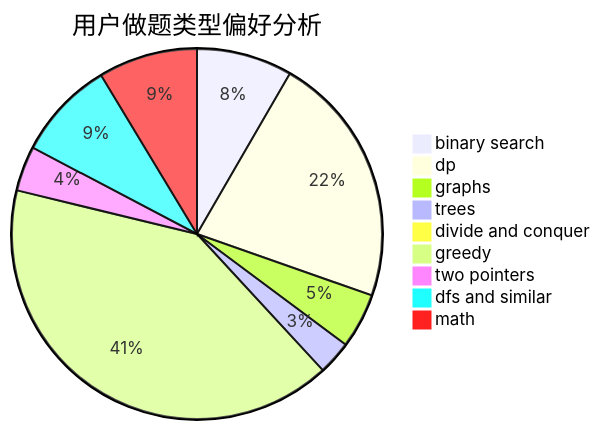
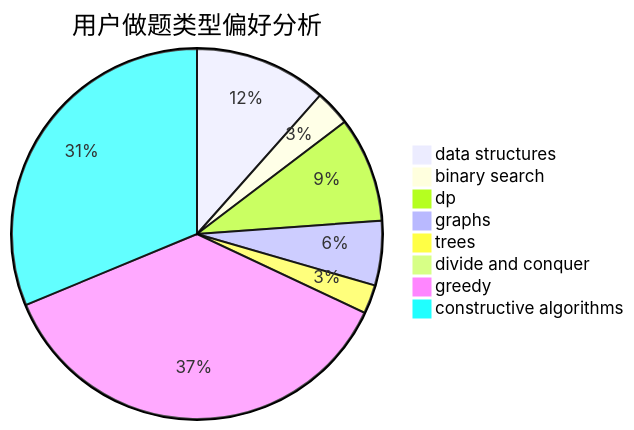
One commit to sherpahu/cfrs.github.io changed the second of 3 diagrams in docs/user/u1711.md. Above: the diagram before and after it, drawn with Mermaid. The commit also changed other lines of this file and 2775 other files, not shown here.

````diff
--- a/docs/user/u1711.md
+++ b/docs/user/u1711.md
@@ -23,12 +23,11 @@
 ```mermaid
 pie title 用户做题类型偏好分析
-    "binary search" :  113
-    "dp" :  298
-    "graphs" :  65
-    "trees" :  40
+    "data structures" :  78
+    "binary search" :  21
+    "dp" :  62
+    "graphs" :  38
+    "trees" :  17
     "divide and conquer" :  0
-    "greedy" :  550
-    "two pointers" :  53
-    "dfs and similar" :  117
-    "math" :  117
+    "greedy" :  248
+    "constructive algorithms" :  211
 ```
````
